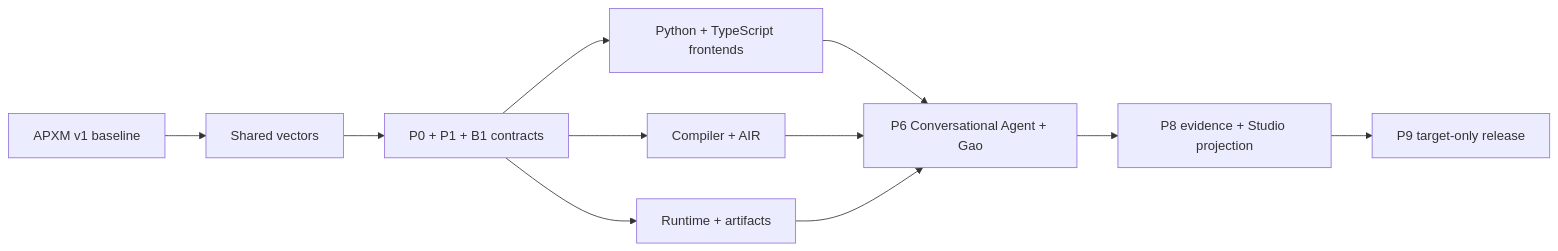
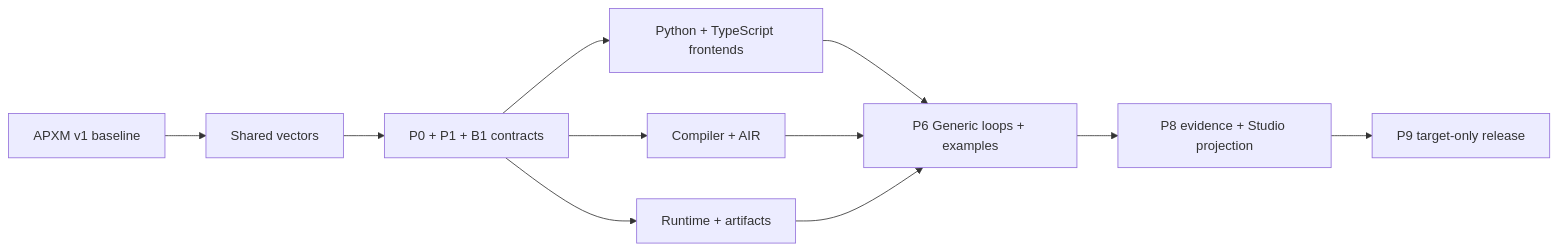
The diagram in docs/agents/agent-program-full-replacement-portfolio.md (apxm-project/agents), drawn with Mermaid before and after one commit. The commit also changed other lines of this file and 180 other files, not shown here.

First line of the commit message:
feat(agents): make conversational agents examples

````diff
--- a/docs/agents/agent-program-full-replacement-portfolio.md
+++ b/docs/agents/agent-program-full-replacement-portfolio.md
@@ -48,13 +49,13 @@
 ```mermaid
 flowchart LR
     D["APXM v1 baseline"] --> V["Shared vectors"]
     V --> C["P0 + P1 + B1 contracts"]
     C --> F["Python + TypeScript frontends"]
     C --> P["Compiler + AIR"]
     C --> R["Runtime + artifacts"]
-    F --> P6["P6 Conversational Agent + Gao"]
+    F --> P6["P6 Generic loops + examples"]
     P --> P6
     R --> P6
     P6 --> P8["P8 evidence + Studio projection"]
     P8 --> P9["P9 target-only release"]
 ```
````
